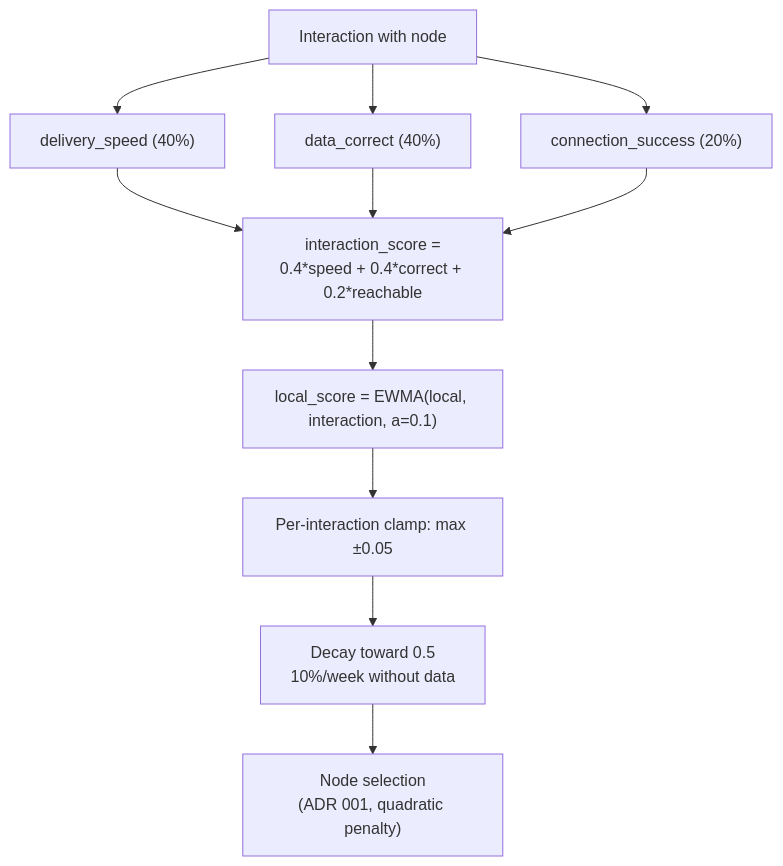
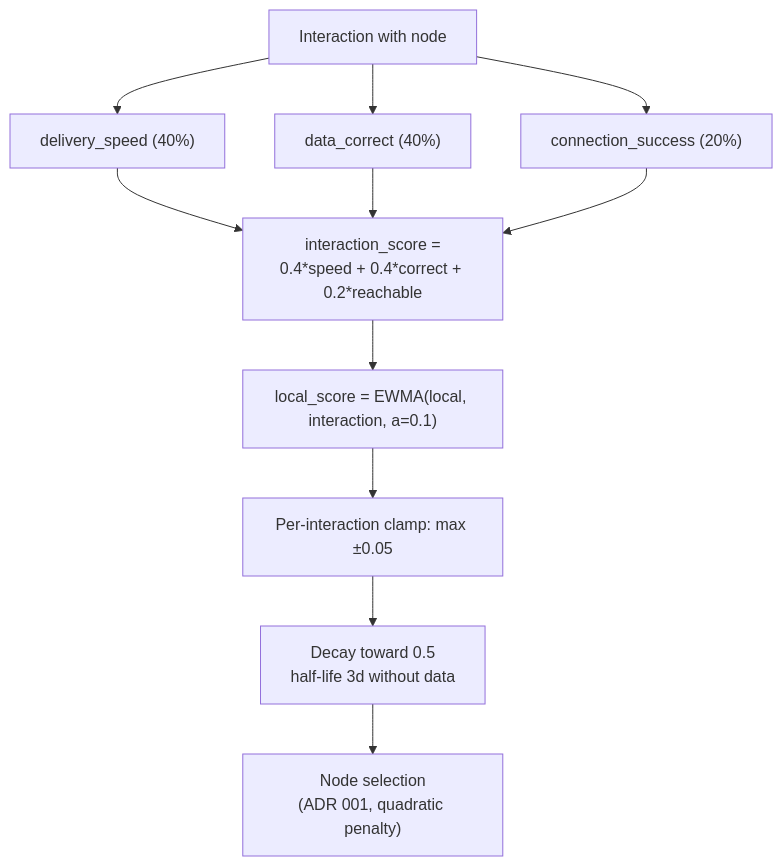
The diagram in adr/008-reputation.md (decdn/decdn), drawn with Mermaid before and after one commit. The commit also changed other lines of this file and 3 other files, not shown here.

First line of the commit message:
feat(reputation): un-saturate the speed sub-score + half-life decay for large-file selection (#1658) (#1661)

````diff
--- a/adr/008-reputation.md
+++ b/adr/008-reputation.md
@@ -87,13 +89,13 @@
 ```mermaid
 flowchart TD
     I[Interaction with node] --> M1["delivery_speed (40%)"]
     I --> M2["data_correct (40%)"]
     I --> M3["connection_success (20%)"]
     M1 --> IS["interaction_score =<br/>0.4*speed + 0.4*correct + 0.2*reachable"]
     M2 --> IS
     M3 --> IS
     IS --> EWMA1["local_score = EWMA(local, interaction, a=0.1)"]
     EWMA1 --> CLAMP1["Per-interaction clamp: max ±0.05"]
-    CLAMP1 --> DECAY["Decay toward 0.5<br/>10%/week without data"]
+    CLAMP1 --> DECAY["Decay toward 0.5<br/>half-life 3d without data"]
     DECAY --> SEL["Node selection<br/>(ADR 001, quadratic penalty)"]
 ```
````
